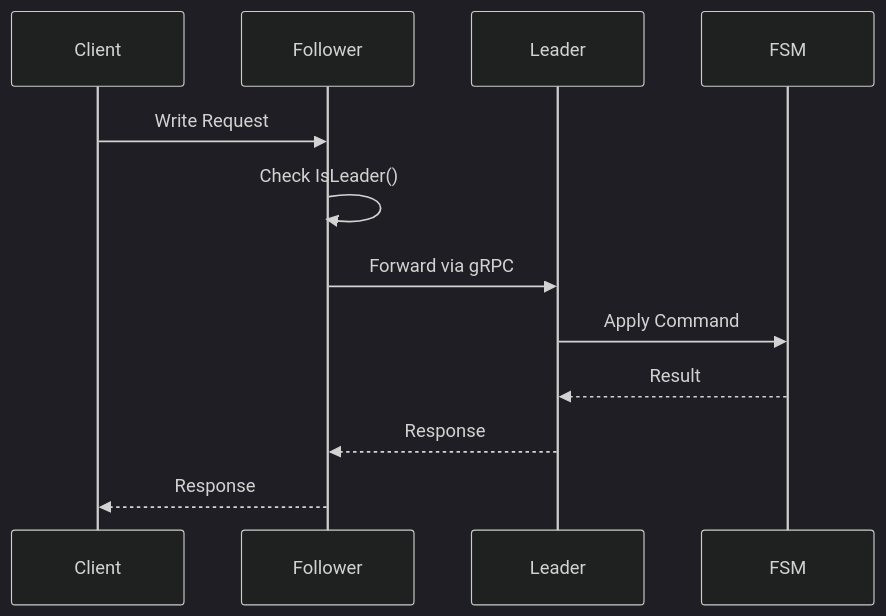
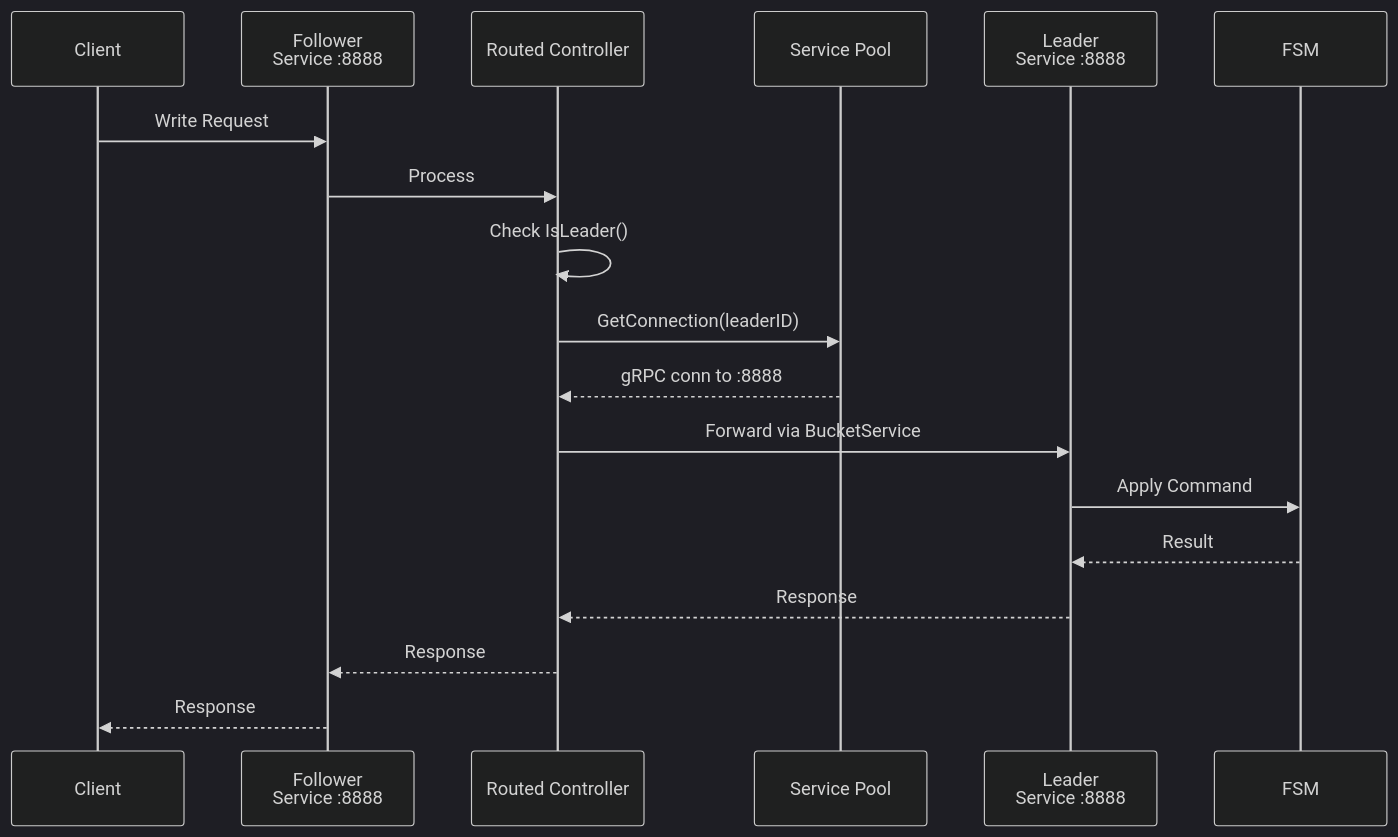
One commit to formancehq/ledger changed the sixth of 6 diagrams in docs/architecture/architecture.md. Above: the diagram before and after it, drawn with Mermaid (dark theme). The commit also changed other lines of this file and 29 other files, not shown here.

````diff
--- a/docs/architecture/architecture.md
+++ b/docs/architecture/architecture.md
@@ -250,15 +269,21 @@
 ```mermaid
 sequenceDiagram
     participant Client
-    participant Follower
-    participant Leader
+    participant FollowerService as Follower<br/>Service :8888
+    participant RoutedCtrl as Routed Controller
+    participant ServicePool as Service Pool
+    participant LeaderService as Leader<br/>Service :8888
     participant FSM
     
-    Client->>Follower: Write Request
-    Follower->>Follower: Check IsLeader()
-    Follower->>Leader: Forward via gRPC
-    Leader->>FSM: Apply Command
-    FSM-->>Leader: Result
-    Leader-->>Follower: Response
-    Follower-->>Client: Response
+    Client->>FollowerService: Write Request
+    FollowerService->>RoutedCtrl: Process
+    RoutedCtrl->>RoutedCtrl: Check IsLeader()
+    RoutedCtrl->>ServicePool: GetConnection(leaderID)
+    ServicePool-->>RoutedCtrl: gRPC conn to :8888
+    RoutedCtrl->>LeaderService: Forward via BucketService
+    LeaderService->>FSM: Apply Command
+    FSM-->>LeaderService: Result
+    LeaderService-->>RoutedCtrl: Response
+    RoutedCtrl-->>FollowerService: Response
+    FollowerService-->>Client: Response
 ```
````
